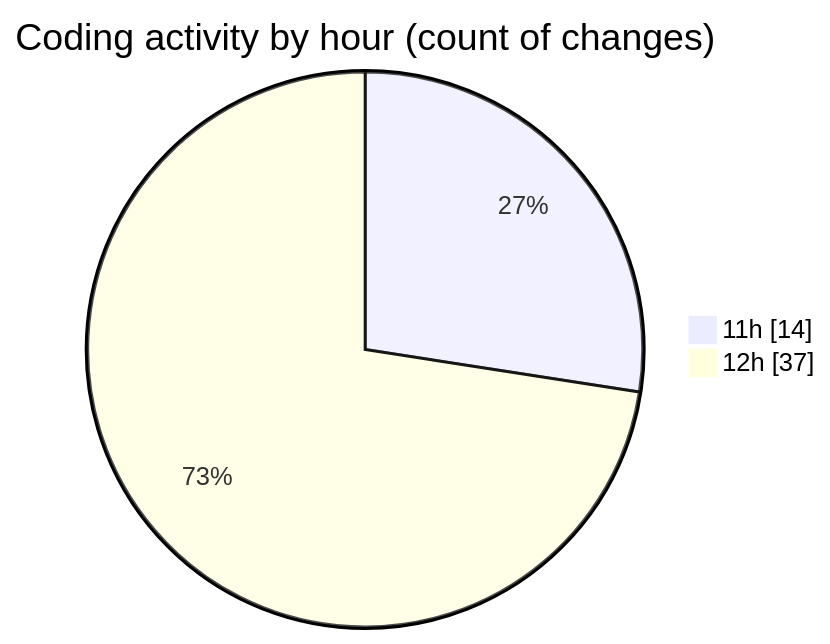
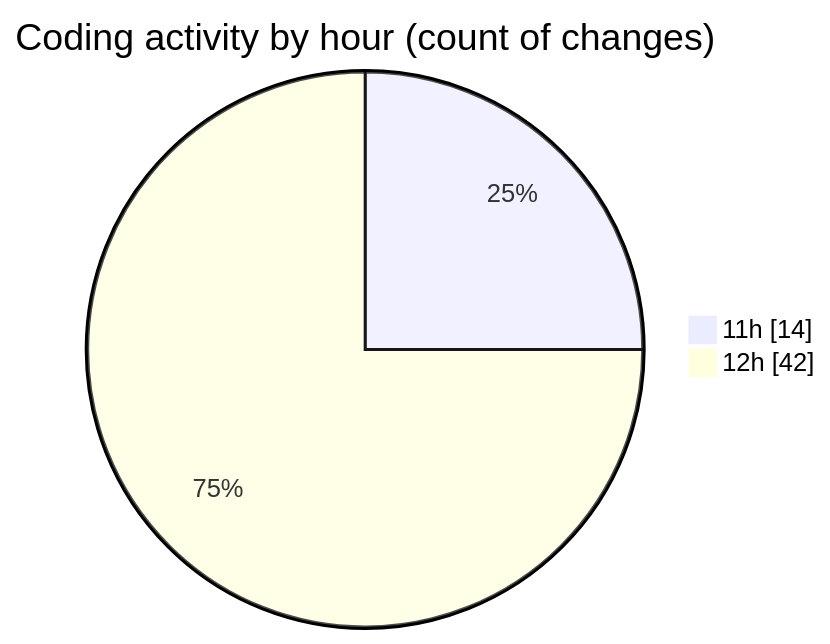
One commit to nxtqubesakshisongat/code-tracking changed the second of 2 diagrams in 2026-08-24/nxtqube_webapp/README.md. Above: the diagram before and after it, drawn with Mermaid. The commit also changed other lines of this file and 1 other file, not shown here.

````diff
--- a/2026-08-24/nxtqube_webapp/README.md
+++ b/2026-08-24/nxtqube_webapp/README.md
@@ -41,6 +41,6 @@
 ```mermaid
 pie showData
 title Coding activity by hour (count of changes)
 "11h" : 14
-"12h" : 37
+"12h" : 42
 ```
````
